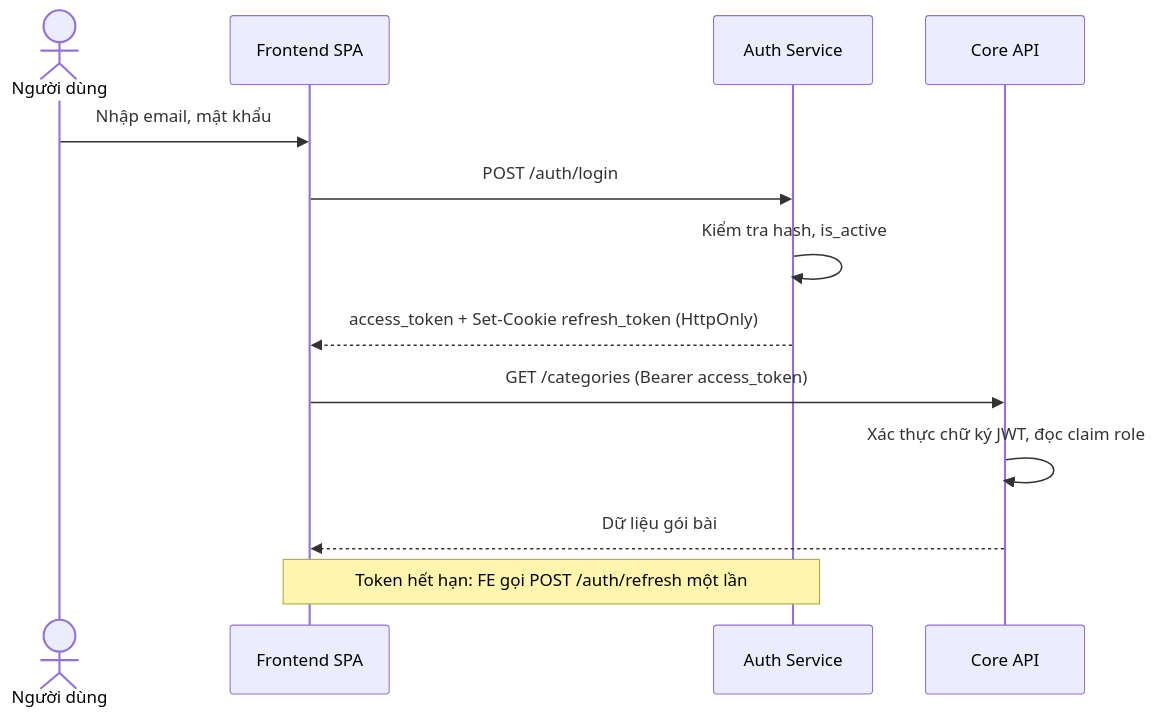
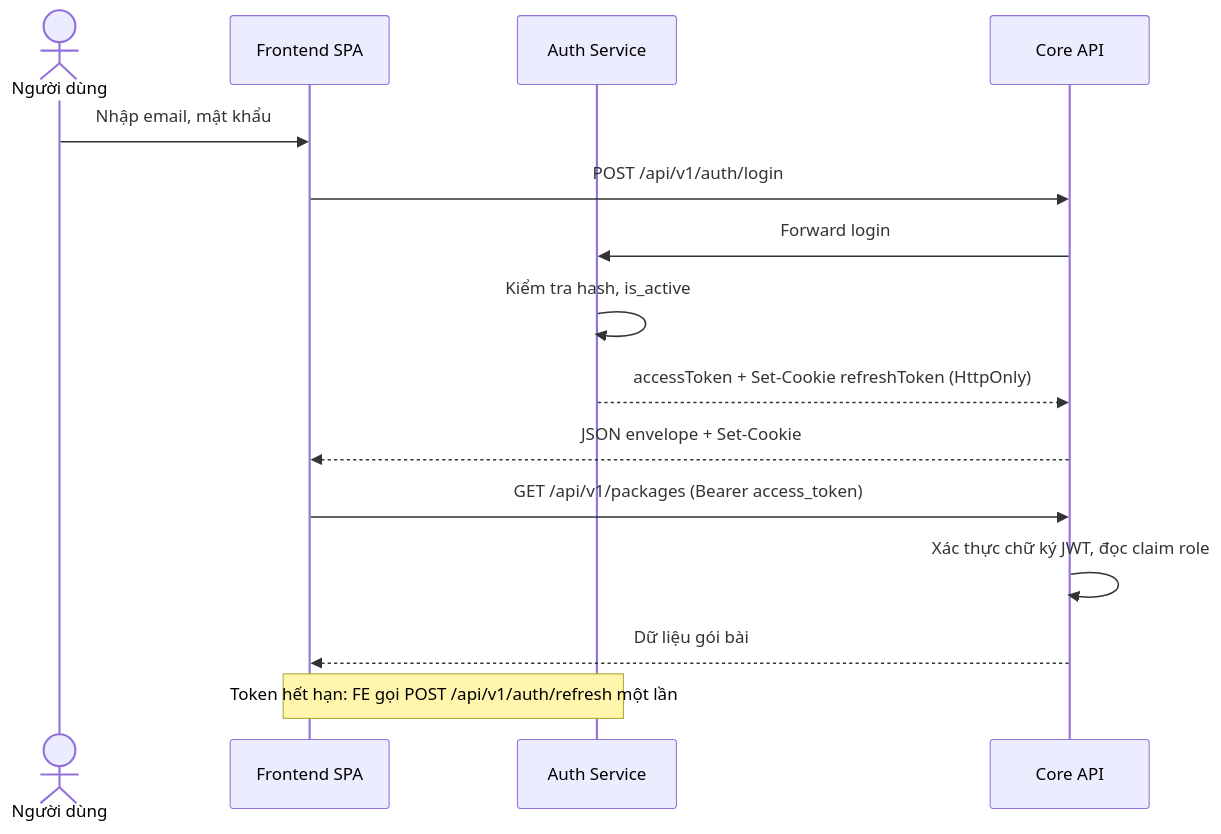
The third of 7 diagrams in 01_SRS_Coding_Judge_Platform.md (code-automatic/srs), drawn with Mermaid before and after one commit. The commit also changed other lines of this file and 3 other files, not shown here.

````diff
--- a/01_SRS_Coding_Judge_Platform.md
+++ b/01_SRS_Coding_Judge_Platform.md
@@ -1011,15 +660,17 @@
 ```mermaid
 sequenceDiagram
     actor U as Người dùng
     participant FE as Frontend SPA
     participant AU as Auth Service
     participant CO as Core API
     U->>FE: Nhập email, mật khẩu
-    FE->>AU: POST /auth/login
+    FE->>CO: POST /api/v1/auth/login
+    CO->>AU: Forward login
     AU->>AU: Kiểm tra hash, is_active
-    AU-->>FE: access_token + Set-Cookie refresh_token (HttpOnly)
-    FE->>CO: GET /categories (Bearer access_token)
+    AU-->>CO: accessToken + Set-Cookie refreshToken (HttpOnly)
+    CO-->>FE: JSON envelope + Set-Cookie
+    FE->>CO: GET /api/v1/packages (Bearer access_token)
     CO->>CO: Xác thực chữ ký JWT, đọc claim role
     CO-->>FE: Dữ liệu gói bài
-    Note over FE,AU: Token hết hạn: FE gọi POST /auth/refresh một lần
+    Note over FE,AU: Token hết hạn: FE gọi POST /api/v1/auth/refresh một lần
 ```
````
